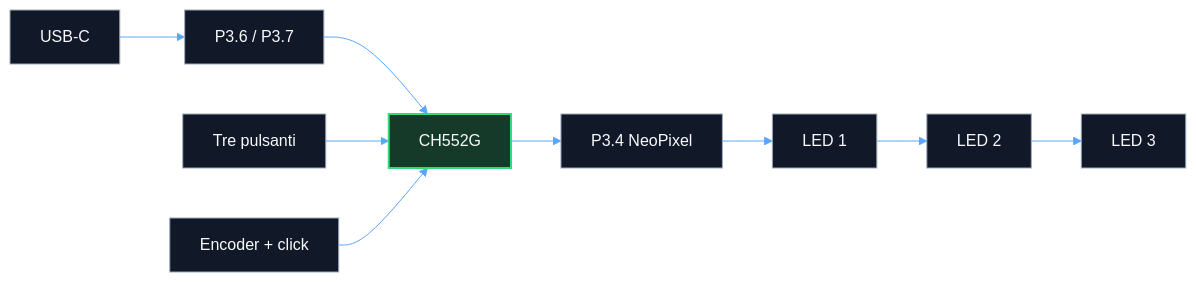
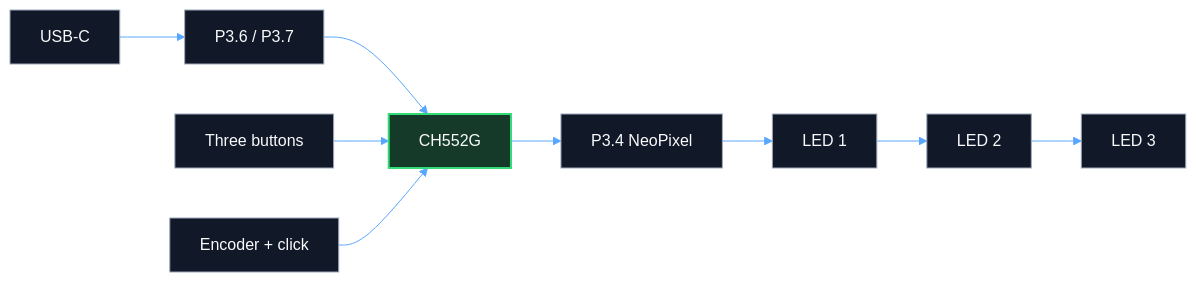
The fifth of 5 diagrams in docs/schemi/README.md (iamvaleriofantozzi/Tastierino), drawn with Mermaid before and after one commit. The commit also changed other lines of this file and 21 other files, not shown here.

````diff
--- a/docs/schemi/README.md
+++ b/docs/schemi/README.md
@@ -85,15 +85,15 @@
 ```mermaid
 %%{init: {"theme":"base","themeVariables":{"primaryColor":"#111827","primaryTextColor":"#f8fafc","primaryBorderColor":"#9ca9bc","lineColor":"#9ca9bc","secondaryColor":"#0a0f1c","tertiaryColor":"#163a2a","fontFamily":"-apple-system, BlinkMacSystemFont, Segoe UI, Helvetica, Arial, sans-serif"}}}%%
 flowchart LR
     USB["USB-C"] --> DP["P3.6 / P3.7"]
     DP --> MCU["CH552G"]
-    K1["Tre pulsanti"] --> MCU
+    K1["Three buttons"] --> MCU
     ENC["Encoder + click"] --> MCU
     MCU --> NEO["P3.4 NeoPixel"]
     NEO --> L1["LED 1"] --> L2["LED 2"] --> L3["LED 3"]
     classDef focal fill:#163a2a,stroke:#31dc77,color:#f8fafc,stroke-width:2px
     classDef backend fill:#111827,stroke:#9ca9bc,color:#f8fafc
     class MCU focal
     class USB,DP,K1,ENC,NEO,L1,L2,L3 backend
     linkStyle default stroke:#57a6ff,color:#57a6ff
 ```
````
